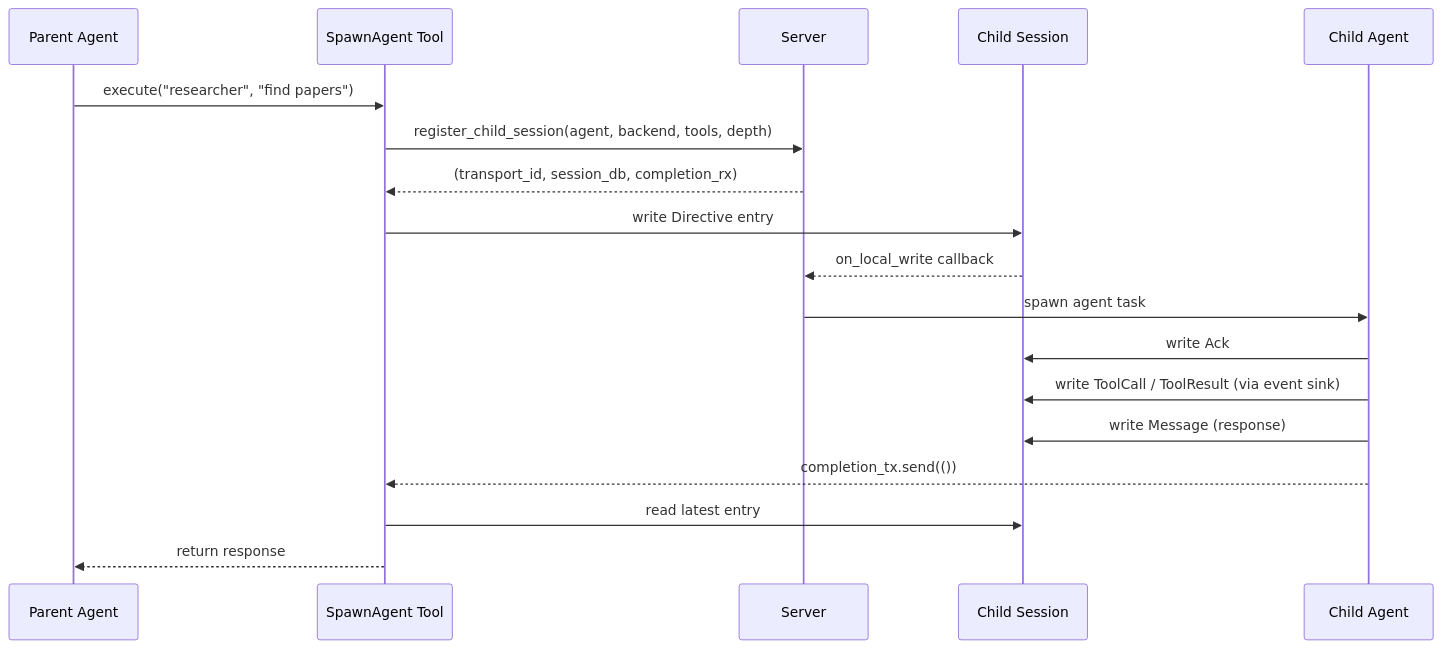
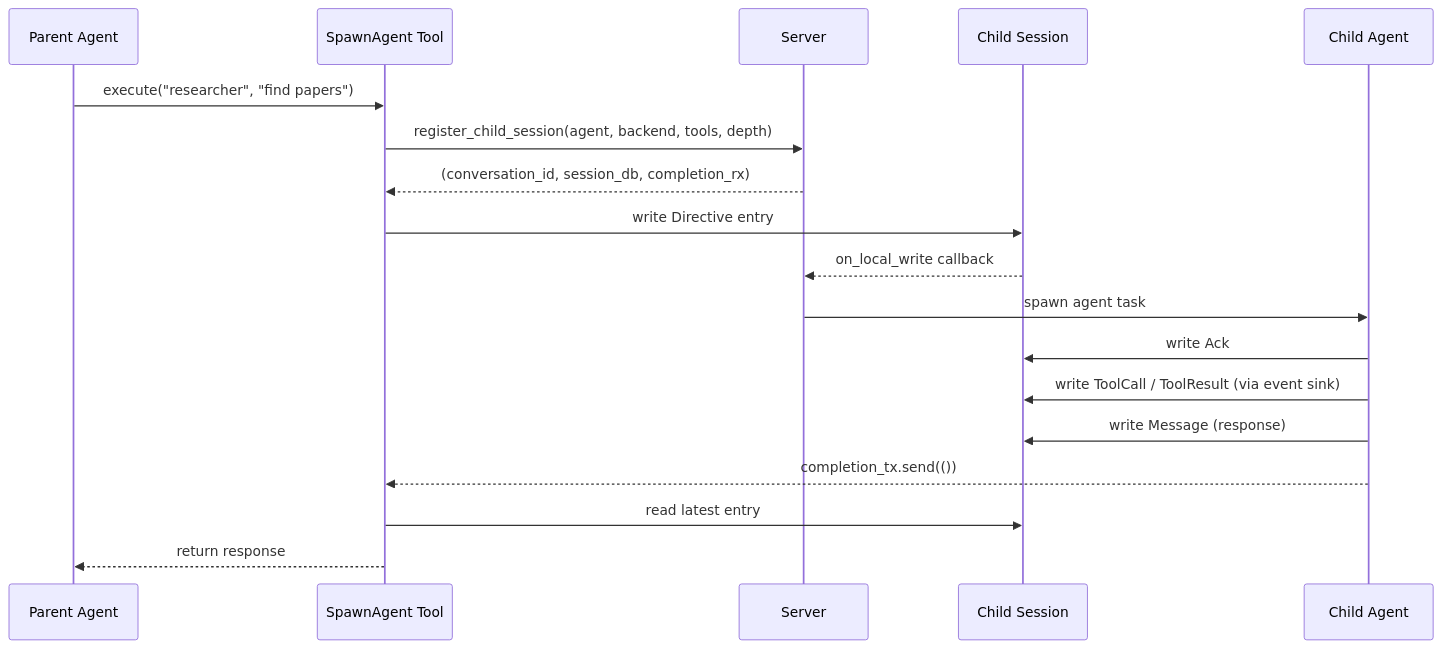
Before and after one commit to arcuru/chaz: the second of 2 diagrams in docs/src/design/session_messaging.md, drawn with Mermaid. The commit also changed 14 other files, not shown here.

````diff
--- a/docs/src/design/session_messaging.md
+++ b/docs/src/design/session_messaging.md
@@ -65,21 +65,21 @@
 ```mermaid
 sequenceDiagram
     participant P as Parent Agent
     participant SA as SpawnAgent Tool
     participant SV as Server
     participant CS as Child Session
     participant CA as Child Agent
 
     P->>SA: execute("researcher", "find papers")
     SA->>SV: register_child_session(agent, backend, tools, depth)
-    SV-->>SA: (transport_id, session_db, completion_rx)
+    SV-->>SA: (conversation_id, session_db, completion_rx)
     SA->>CS: write Directive entry
     CS-->>SV: on_local_write callback
     SV->>CA: spawn agent task
     CA->>CS: write Ack
     CA->>CS: write ToolCall / ToolResult (via event sink)
     CA->>CS: write Message (response)
     CA-->>SA: completion_tx.send(())
     SA->>CS: read latest entry
     SA-->>P: return response
 ```
````
